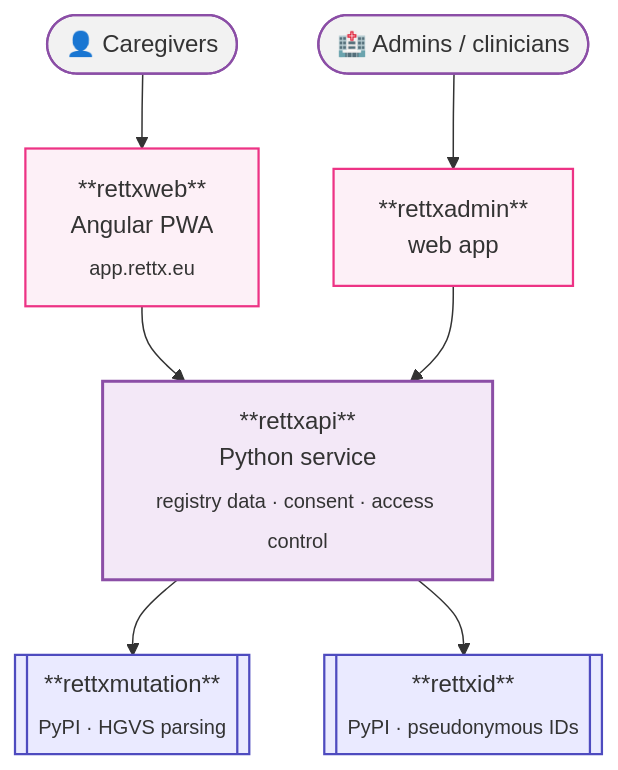
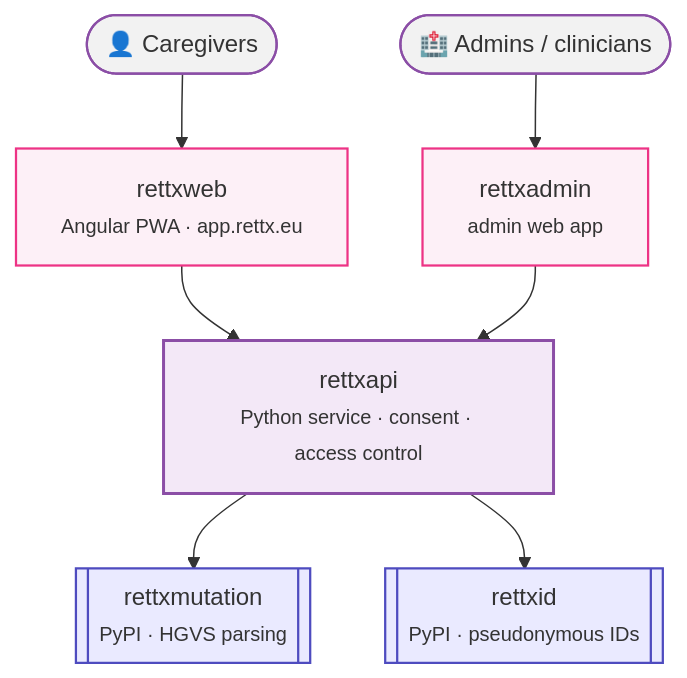
One commit to rett-europe/rettx changed the diagram in site/src/content/docs/architecture/overview.md. Above: the diagram before and after it, drawn with Mermaid. The commit also changed 1 other file, not shown here.

Commit message:
Fix splash logo aspect ratio and mermaid bold-syntax leakage
- aspect-ratio: auto on .hero img — Astro Image emits width=400/height=400 for SVGs, which modern browsers translate to aspect-ratio: 1 and squash the 652x265 wordmark into a square. Restore the SVG's intrinsic aspect ratio so the letters render undistorted.

- Drop markdown **bold** from mermaid node labels. Mermaid only parses markdown inside backtick-quoted string labels; plain bracket labels render the asterisks literally.

````diff
--- a/site/src/content/docs/architecture/overview.md
+++ b/site/src/content/docs/architecture/overview.md
@@ -16,25 +16,25 @@
 ```mermaid
 flowchart TD
     Caregivers(["👤 Caregivers"]):::actor
     Admins(["🏥 Admins / clinicians"]):::actor
 
-    rettxweb["**rettxweb**<br/>Angular PWA<br/><sub>app.rettx.eu</sub>"]:::surface
-    rettxadmin["**rettxadmin**<br/>web app"]:::surface
+    rettxweb["rettxweb<br/><small>Angular PWA · app.rettx.eu</small>"]:::surface
+    rettxadmin["rettxadmin<br/><small>admin web app</small>"]:::surface
 
-    rettxapi["**rettxapi**<br/>Python service<br/><sub>registry data · consent · access control</sub>"]:::backend
+    rettxapi["rettxapi<br/><small>Python service · consent · access control</small>"]:::backend
 
-    rettxmutation[["**rettxmutation**<br/><sub>PyPI · HGVS parsing</sub>"]]:::lib
-    rettxid[["**rettxid**<br/><sub>PyPI · pseudonymous IDs</sub>"]]:::lib
+    rettxmutation[["rettxmutation<br/><small>PyPI · HGVS parsing</small>"]]:::lib
+    rettxid[["rettxid<br/><small>PyPI · pseudonymous IDs</small>"]]:::lib
 
     Caregivers --> rettxweb
     Admins --> rettxadmin
     rettxweb --> rettxapi
     rettxadmin --> rettxapi
     rettxapi --> rettxmutation
     rettxapi --> rettxid
 
     classDef actor fill:#f2f2f2,stroke:#8b4ea6,stroke-width:1.5px,color:#333
     classDef surface fill:#fdf0f7,stroke:#ed3385,stroke-width:1.5px,color:#333
     classDef backend fill:#f3e8f7,stroke:#8b4ea6,stroke-width:2px,color:#333
     classDef lib fill:#eaeaff,stroke:#4e4bbf,stroke-width:1.5px,color:#333
 ```
````
